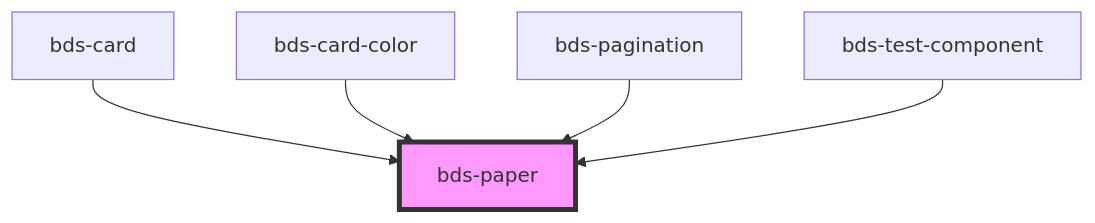
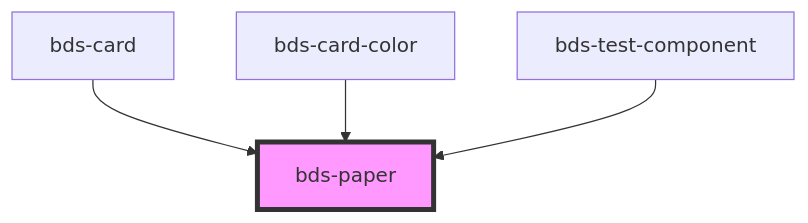
Before and after one commit to takenet/blip-ds: the diagram in src/components/paper/readme.md, drawn with Mermaid. The commit also changed other lines of this file and 10 other files, not shown here.

````diff
--- a/src/components/paper/readme.md
+++ b/src/components/paper/readme.md
@@ -30,8 +29,7 @@
 ```mermaid
 graph TD;
   bds-card --> bds-paper
   bds-card-color --> bds-paper
-  bds-pagination --> bds-paper
   bds-test-component --> bds-paper
   style bds-paper fill:#f9f,stroke:#333,stroke-width:4px
 ```
````
